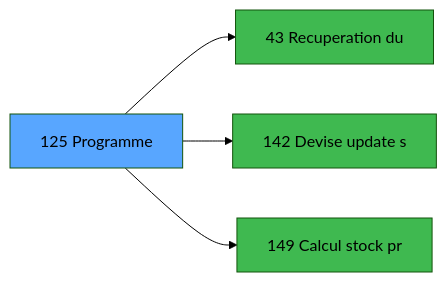
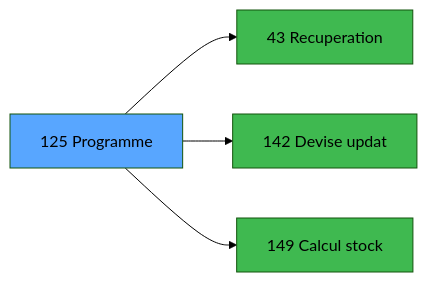
Before and after one commit to thonyAGP/magic-migration: the third of 3 diagrams in .openspec/specs/ADH-IDE-125.md, drawn with Mermaid (forest theme). The commit also changed other lines of this file and 323 other files, not shown here.

````diff
--- a/.openspec/specs/ADH-IDE-125.md
+++ b/.openspec/specs/ADH-IDE-125.md
@@ -131,14 +151,14 @@
 ```mermaid
 graph LR
     T[125 Programme]
-    C43[43 Recuperation du]
+    C43[43 Recuperation]
     T --> C43
-    C142[142 Devise update s]
+    C142[142 Devise updat]
     T --> C142
-    C149[149 Calcul stock pr]
+    C149[149 Calcul stock]
     T --> C149
     style T fill:#58a6ff,color:#000
     style C43 fill:#3fb950
     style C142 fill:#3fb950
     style C149 fill:#3fb950
 ```
````
